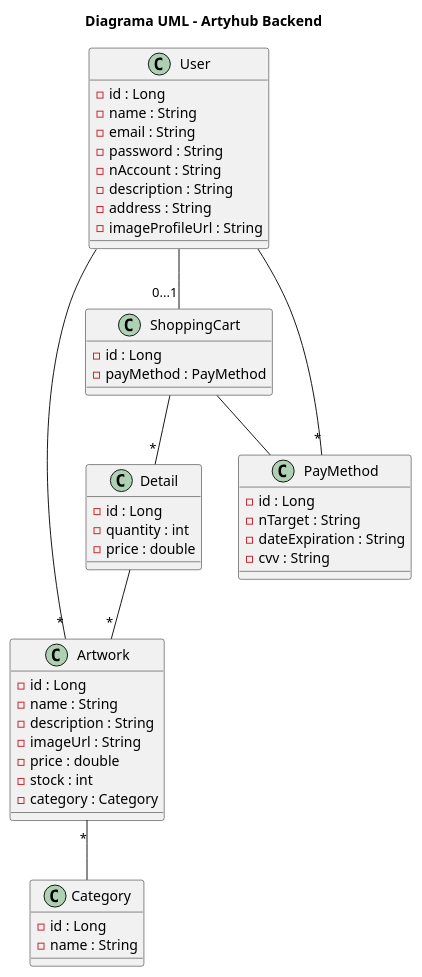
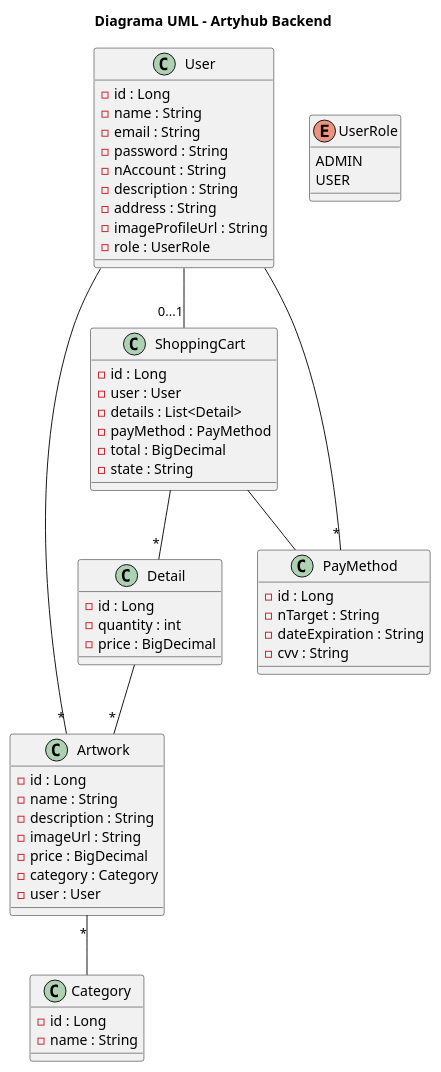
One commit to ArtyHub-Mislata/tienda-back changed the diagram in docs/uml/artyhub-back.puml. Above: the diagram before and after it, drawn with PlantUML. The commit also changed 19 other files, not shown here.

```diff
--- a/docs/uml/artyhub-back.puml
+++ b/docs/uml/artyhub-back.puml
@@ -1,57 +1,71 @@
 @startuml
 
 title Diagrama UML - Artyhub Backend
 
 class User {
     - id : Long
     - name : String
     - email : String
     - password : String
     - nAccount : String
     - description : String
     - address : String
     - imageProfileUrl : String
+    - role : UserRole
+}
+
+enum UserRole {
+    ADMIN
+    USER
 }
 
 class Artwork {
     - id : Long
     - name : String
     - description : String
     - imageUrl : String
-    - price : double
-    - stock : int
+    - price : BigDecimal
     - category : Category
+    - user : User
 }
 
 class Category {
     - id : Long
     - name : String
 }
 
 class Detail {
     - id : Long
     - quantity : int
-    - price : double
+    - price : BigDecimal
 }
 
 class ShoppingCart {
     - id : Long
+    - user : User
+    - details : List<Detail>
     - payMethod : PayMethod
+    - total : BigDecimal
+    - state : String
 }
 
 class PayMethod {
     - id : Long
     - nTarget : String
     - dateExpiration : String
     - cvv : String
 }
 
 User -- "*" Artwork
 User -- "0...1" ShoppingCart
-ShoppingCart -- "*" Detail
-Detail -- "*" Artwork
-ShoppingCart -- PayMethod
 User -- "*" PayMethod
+
 Artwork "*" -- Category
 
+ShoppingCart -- "*" Detail
+ShoppingCart -- PayMethod
+
+Detail -- "*" Artwork
+
+
 @enduml
```
